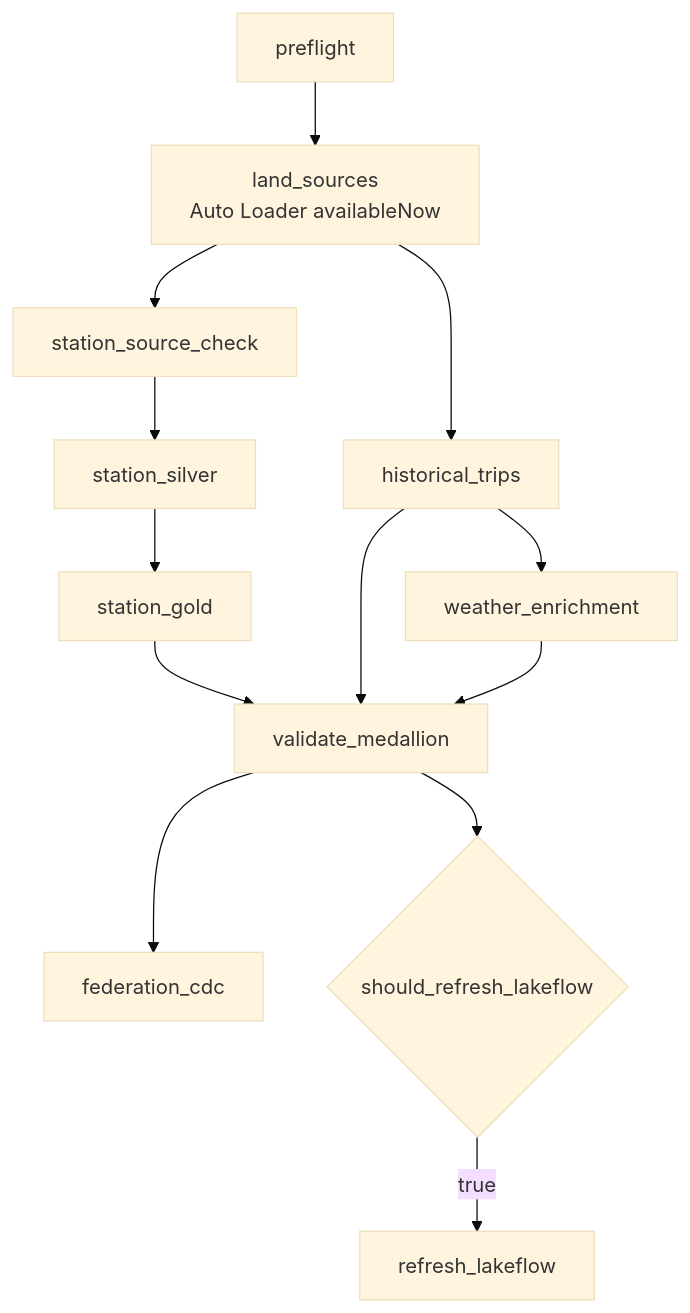
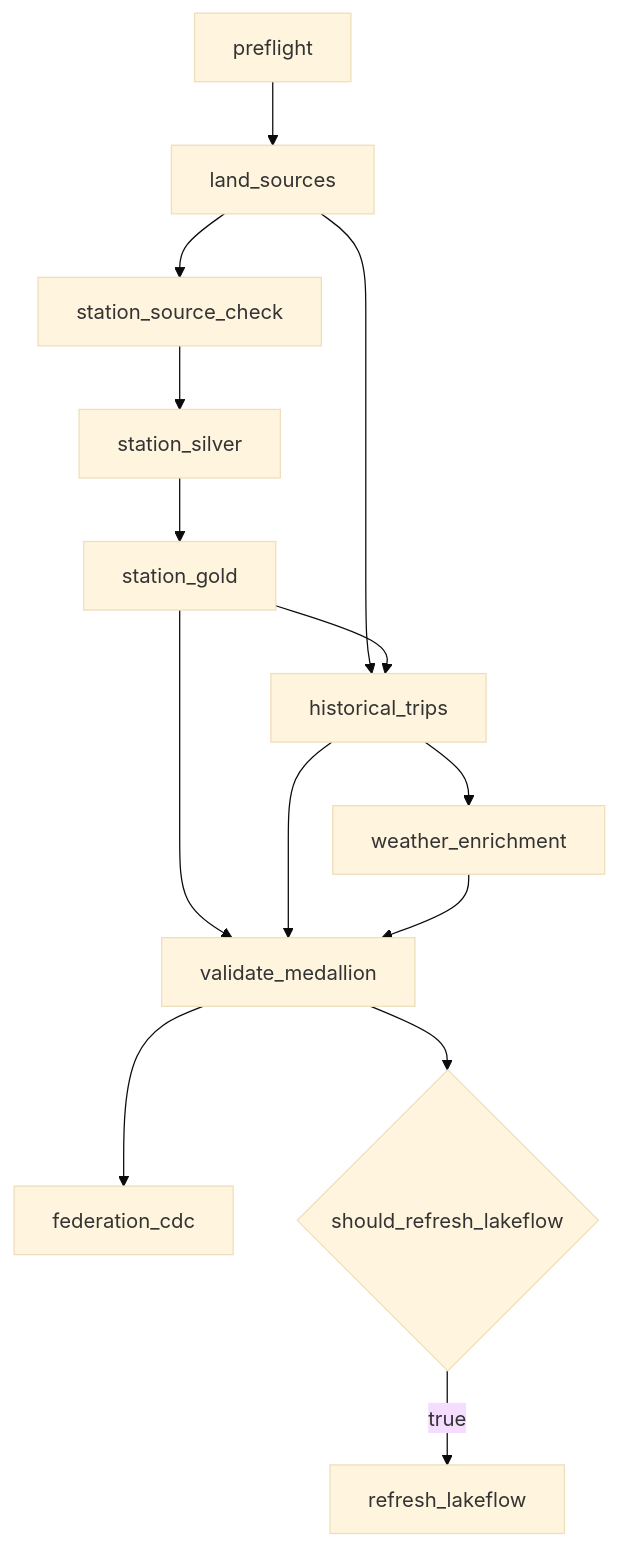
One commit to BadalovP/Databricks-Academy-Lakehouse changed the seventh of 11 diagrams in final_project/README.md. Above: the diagram before and after it, drawn with Mermaid (base theme). The commit also changed other lines of this file and 20 other files, not shown here.

````diff
--- a/final_project/README.md
+++ b/final_project/README.md
@@ -103,12 +380,14 @@
 ```mermaid
 flowchart TD
-  P[preflight] --> L[land_sources<br/>Auto Loader availableNow]
+  P[preflight] --> L[land_sources]
   L --> C[station_source_check] --> S[station_silver] --> G[station_gold]
-  L --> H[historical_trips] --> W[weather_enrichment]
+  L --> H[historical_trips]
+  G --> H
+  H --> W[weather_enrichment]
   G --> V[validate_medallion]
   H --> V
   W --> V
   V --> F[federation_cdc]
   V --> Q{should_refresh_lakeflow}
   Q -- true --> R[refresh_lakeflow]
 ```
````
